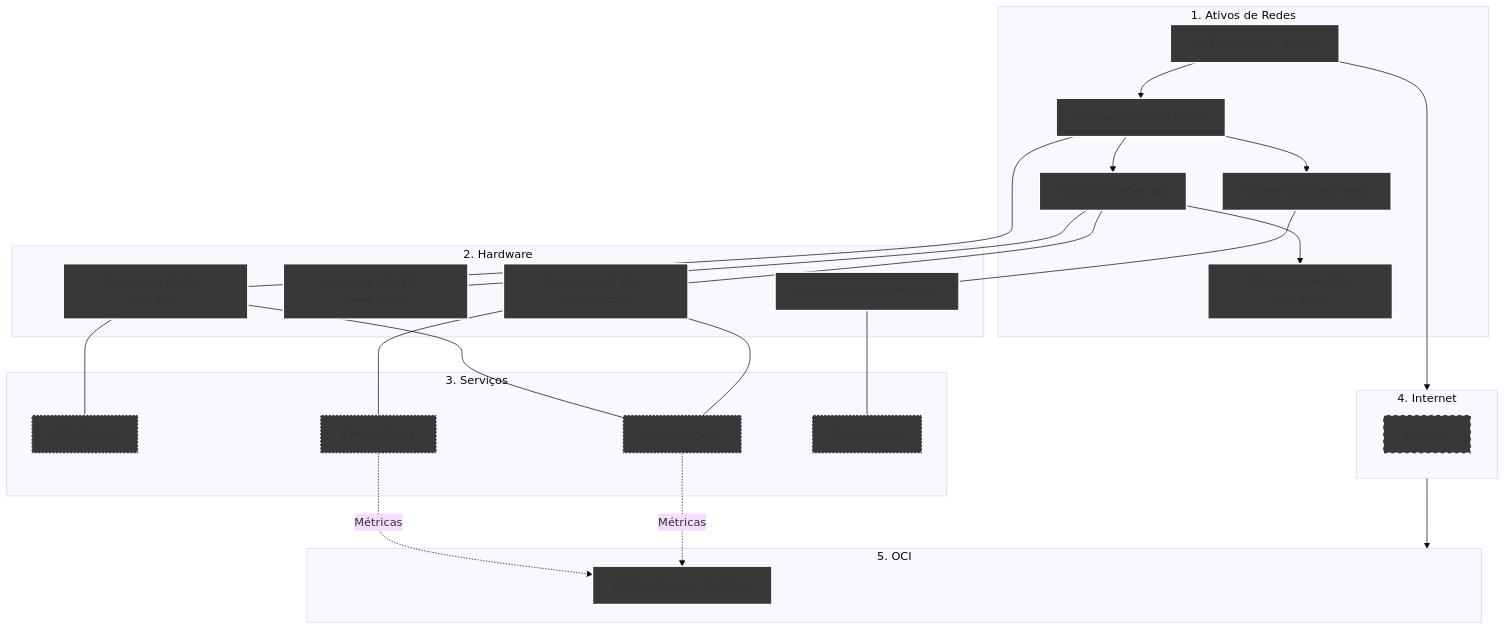
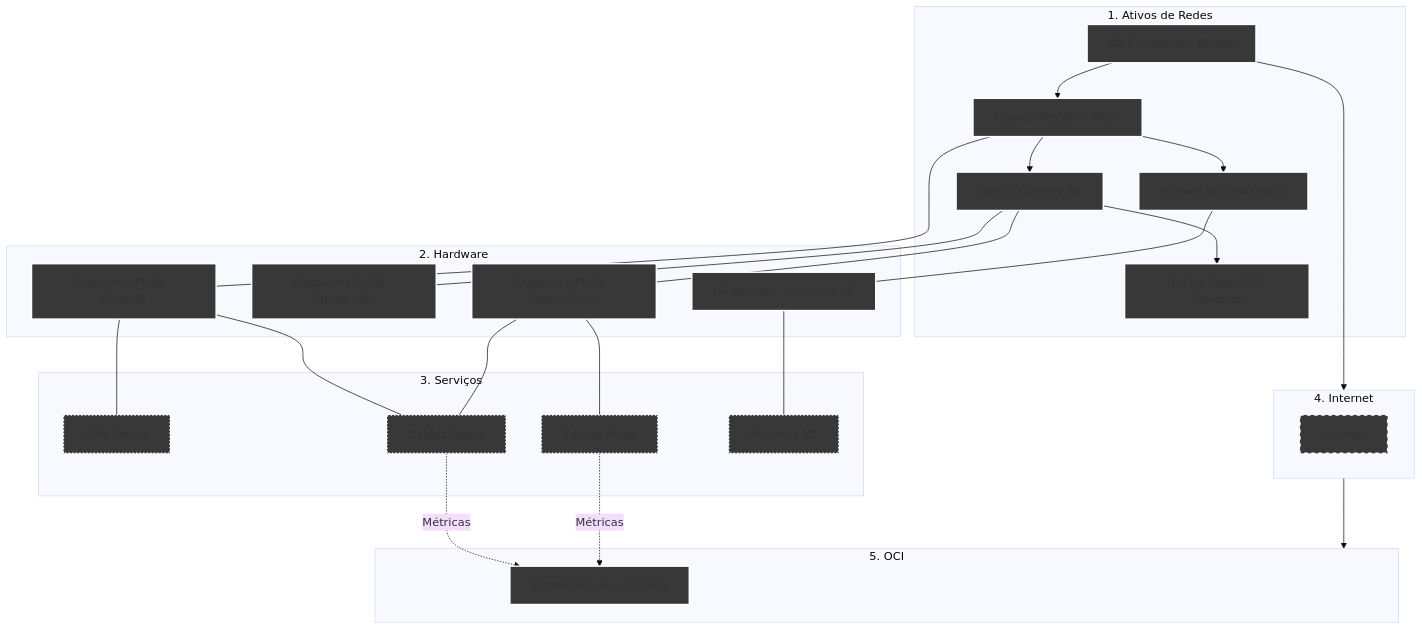
The diagram in Infraestructure/README.md (kevindexter22/Dr-Hardware-Autonet), drawn with Mermaid (base theme) before and after one commit.

````diff
--- a/Infraestructure/README.md
+++ b/Infraestructure/README.md
@@ -13,53 +13,53 @@
 ```mermaid
 graph TD
     %% Estilos
     classDef rede fill:#383838,stroke:#FFFFFF,stroke-width:2px;
     classDef hardware fill:#383838,stroke:#FFFFFF,stroke-width:2px;
     classDef internet fill:#383838,stroke:#FFFFFF,stroke-width:2px,stroke-dasharray: 5 5;
     classDef serviços fill:#383838,stroke:#FFFFFF,stroke-width:2px, stroke-dasharray: 2 3;
     classDef oci fill:#383838,stroke:#FFFFFF,stroke-width:2px;
 
     %% 1. ATIVOS DE REDE
     subgraph S1 [1. Ativos de Redes]
         ONT[ONT Intelbras - Bridge]:::rede --> R_Mesh1[Huawei WS5800 Mesh]:::rede
         R_Mesh1 --> R_Mesh2[Huawei WS5800 Mesh]:::rede
         R_Mesh1 --> SW1[Switch Overtek 8p]:::rede
         SW1 --> R_Cams[TP-Link OpenWRT Câmeras]:::rede
     end
 
     %% 2. HARDWARE
     subgraph S2 [2. Hardware]
         R_Mesh1 --- RPi4B[Raspberry Pi 4B - CasaOS]:::hardware
         SW1 --- RPi3B_1[Raspberry Pi 3B - Samba_OPL]:::hardware
         SW1 --- RPi3B_2[Raspberry Pi 3B - Zabbix Proxy]:::hardware
         R_Mesh2 --- HP[HP Pavilion - Proxmox VE]:::hardware
     end
 
     %% 3. SERVIÇOS     
     subgraph S3 [3. Serviços];
         RPi4B --- VPN[VPN Server]:::serviços
         RPi4B --- ZA[Zabbix Agent]:::serviços
         RPi3B_2 --- ZA[Zabbix Agent]:::serviços
         RPi3B_2 --- ZP[Zabbix Proxy]:::serviços
         HP --- PVE[Proxmox VE]:::serviços        
     end
 
     %% 4. Internet (A PONTE)
     subgraph S4 [4. Internet]
            internet[Internet]:::internet
     end
 
     %% 5. OCI
     subgraph S5 [5. OCI]
         ZS[Zabbix Server - Grafana]:::oci
     end
 
     %% Conexões de Fluxo de Dados para manter a ordem
     ONT --> S4
     S4 --> S5
     
     %% Relacionamentos lógicos (setas duplas para replicação)
-    ZP -.-> |Métricas| ZS
-    ZA -.-> |Métricas| ZS 
+    ZA -.-> |Métricas| ZS
+    ZP -.-> |Métricas| ZS 
 
 ```
````
